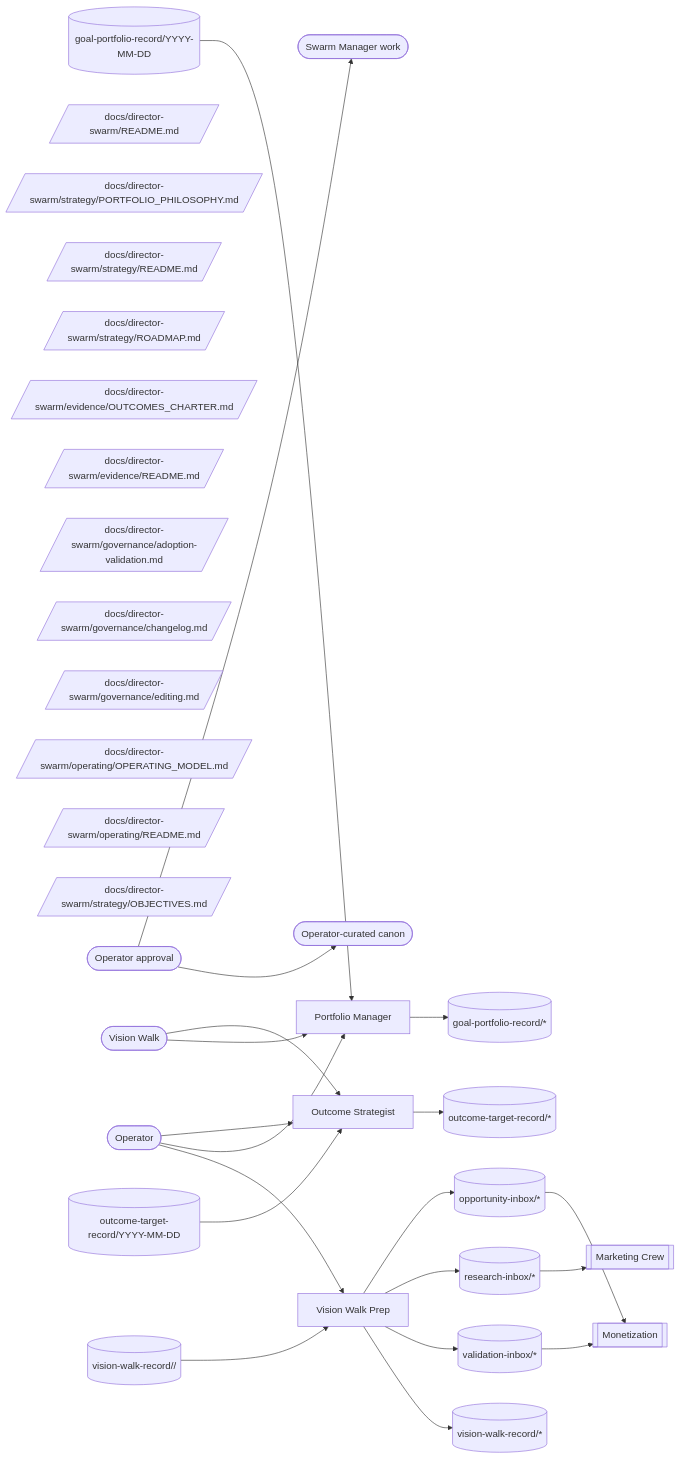
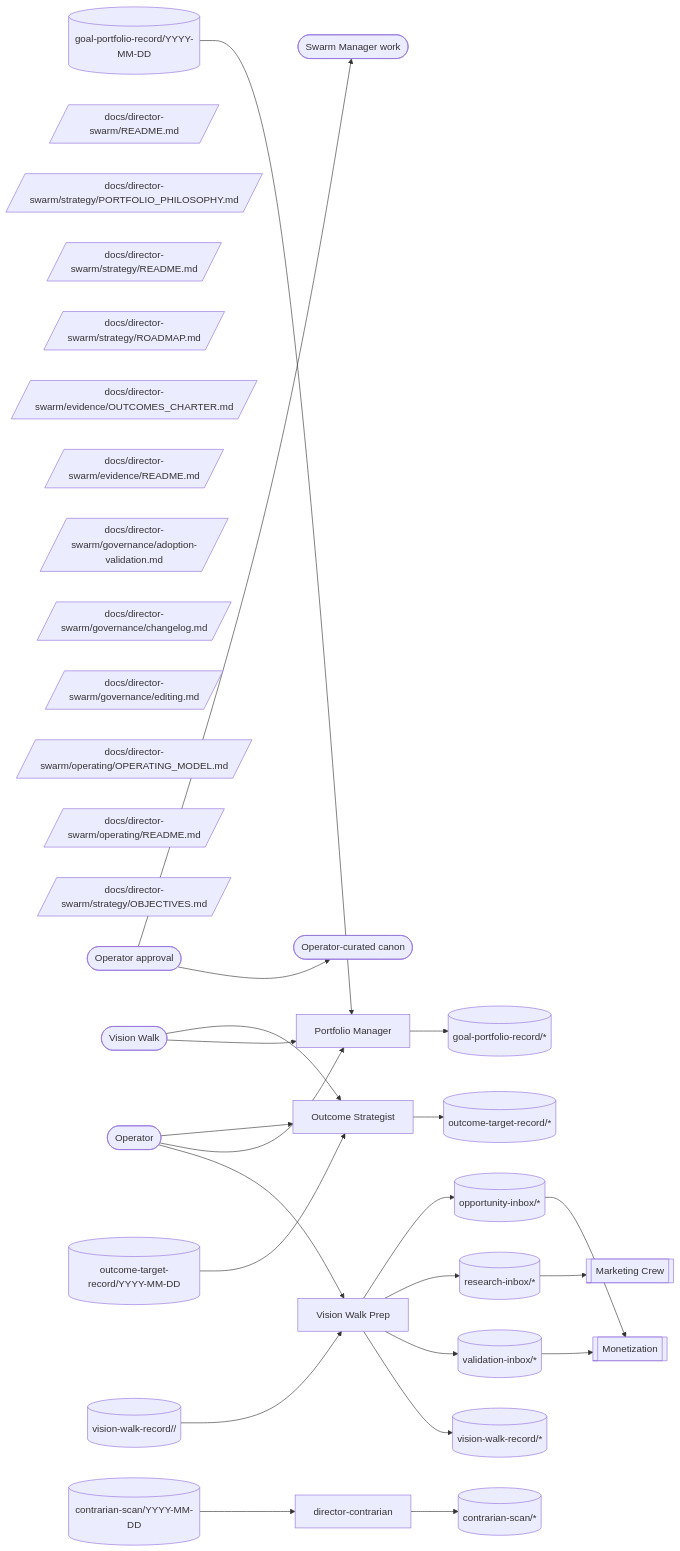
The diagram in docs/director-swarm/operating/OPERATING_MODEL.md (Vrooli/Vrooli), drawn with Mermaid before and after one commit. The commit also changed other lines of this file and 393 other files, not shown here.

```diff
--- a/docs/director-swarm/operating/OPERATING_MODEL.md
+++ b/docs/director-swarm/operating/OPERATING_MODEL.md
@@ -125,12 +125,19 @@
   VWP[Vision Walk Prep]
   %% @node WALK topic:vision-walk-record/<date>/<slug>
   WALK[(vision-walk-record/<date>/<slug>)]
+  %% @node DIRECTORCONT member:director-contrarian
+  DIRECTORCONT[director-contrarian]
+  %% @node CONTRARIANSC topic:contrarian-scan/*
+  CONTRARIANSC[(contrarian-scan/*)]
+  %% @node CONTRARIANSC2 topic:contrarian-scan/YYYY-MM-DD
+  CONTRARIANSC2[(contrarian-scan/YYYY-MM-DD)]
 
   OP --> OS
   OP --> PM
   OP --> VWP
   VW --> OS
   VW --> PM
+  DIRECTORCONT --> CONTRARIANSC
   OS --> OUTCOMETARGE
   PM --> GOALPORTFOLI
   VWP --> OI
@@ -139,6 +146,7 @@
   VWP --> VISIONWALKRE
   APPROVAL --> SMWORK
   APPROVAL --> CANON
+  CONTRARIANSC2 --> DIRECTORCONT
   PORT --> PM
   OI --> MON
   OUT --> OS
```
